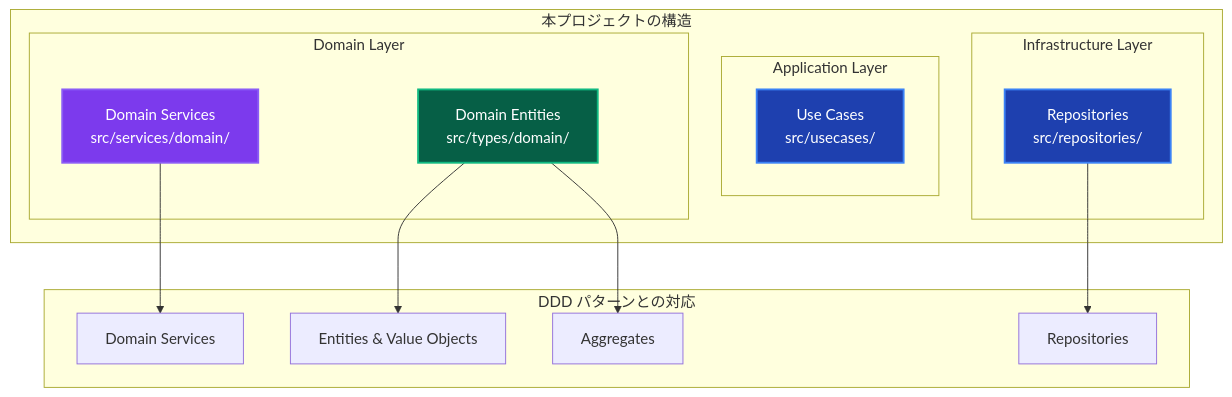
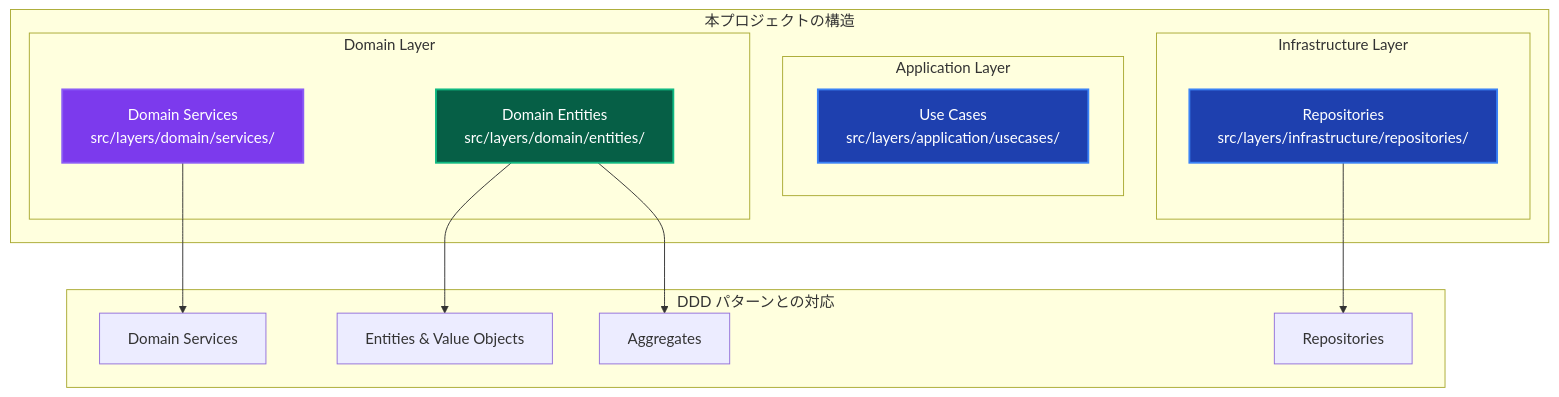
One commit to derushio/d-next-ddd-example changed the ninth of 16 diagrams in _DOCS/guides/ddd/concepts/domain-driven-design.md. Above: the diagram before and after it, drawn with Mermaid. The commit also changed other lines of this file and 157 other files, not shown here.

````diff
--- a/_DOCS/guides/ddd/concepts/domain-driven-design.md
+++ b/_DOCS/guides/ddd/concepts/domain-driven-design.md
@@ -277,34 +276,34 @@
 ```mermaid
 graph TB
     subgraph "本プロジェクトの構造"
         subgraph "Domain Layer"
-            DS[Domain Services<br/>src/services/domain/]
-            DE[Domain Entities<br/>src/types/domain/]
+            DS[Domain Services<br/>src/layers/domain/services/]
+            DE[Domain Entities<br/>src/layers/domain/entities/]
         end
         
         subgraph "Application Layer"
-            UC[Use Cases<br/>src/usecases/]
+            UC[Use Cases<br/>src/layers/application/usecases/]
         end
         
         subgraph "Infrastructure Layer"
-            REPO[Repositories<br/>src/repositories/]
+            REPO[Repositories<br/>src/layers/infrastructure/repositories/]
         end
     end
     
     subgraph "DDD パターンとの対応"
         DS_DDD[Domain Services]
         ENT_DDD[Entities & Value Objects]
         AGG_DDD[Aggregates]
         REPO_DDD[Repositories]
     end
     
     DS --> DS_DDD
     DE --> ENT_DDD
     DE --> AGG_DDD
     REPO --> REPO_DDD
     
     style DS fill:#7c3aed,stroke:#8b5cf6,stroke-width:2px,color:#ffffff
     style DE fill:#065f46,stroke:#10b981,stroke-width:2px,color:#ffffff
     style UC fill:#1e40af,stroke:#3b82f6,stroke-width:2px,color:#ffffff
     style REPO fill:#1e40af,stroke:#3b82f6,stroke-width:2px,color:#ffffff
 ```
````
